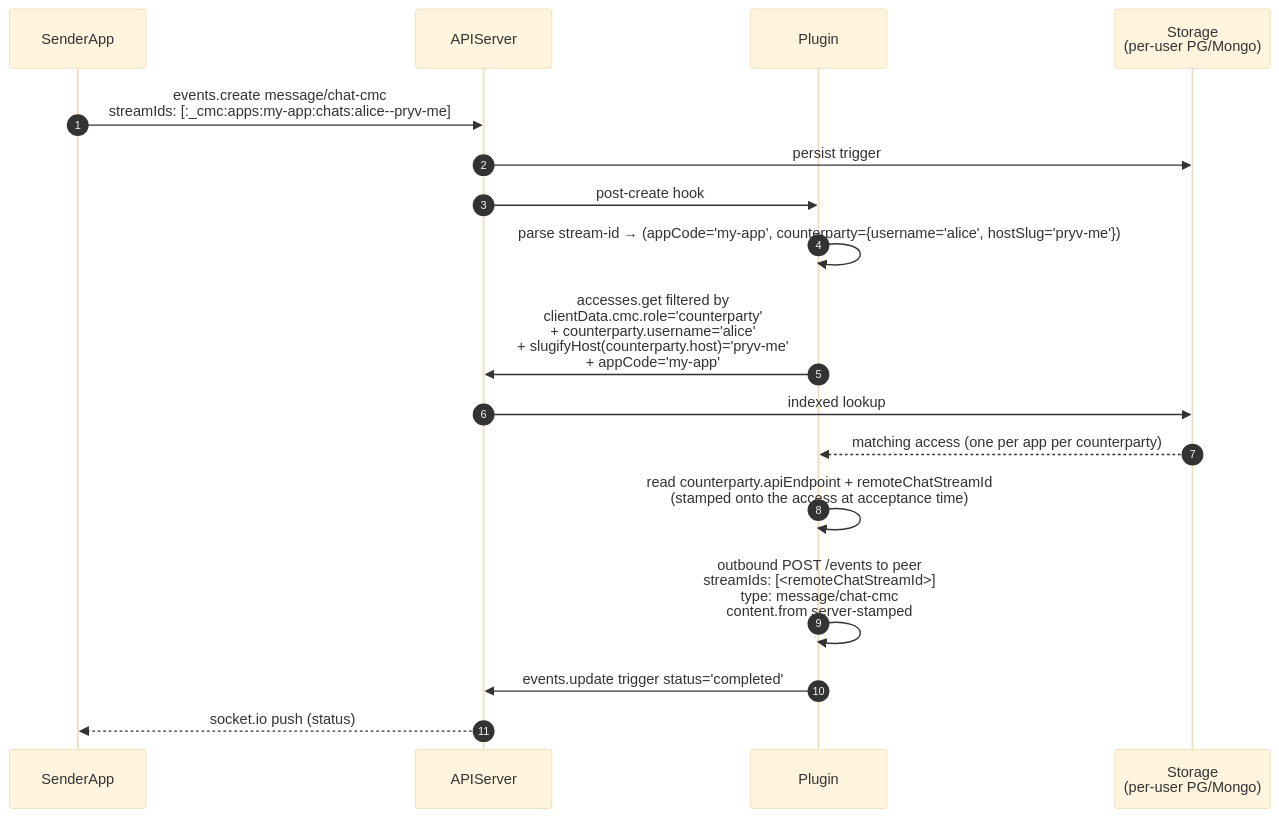
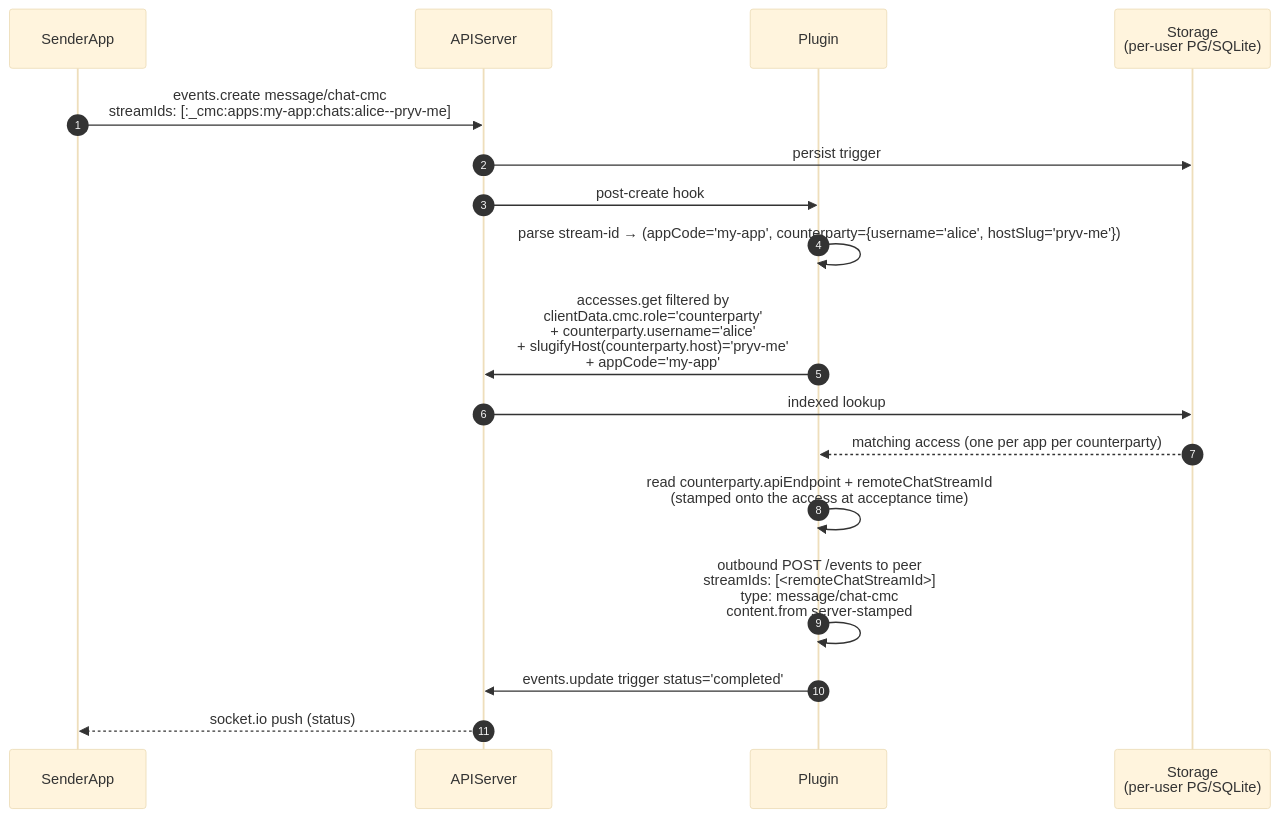
Before and after one commit to pryv/open-pryv.io: the sixth of 14 diagrams in components/cmc/INTERNALS.md, drawn with Mermaid (base theme). The commit also changed other lines of this file and 5 other files, not shown here.

````diff
--- a/components/cmc/INTERNALS.md
+++ b/components/cmc/INTERNALS.md
@@ -291,20 +291,20 @@
 ```mermaid
 sequenceDiagram
     autonumber
     participant App as SenderApp
     participant APIServer
     participant Plugin
-    participant Storage as Storage<br/>(per-user PG/Mongo)
+    participant Storage as Storage<br/>(per-user PG/SQLite)
 
     App->>APIServer: events.create message/chat-cmc<br/>streamIds: [:_cmc:apps:my-app:chats:alice--pryv-me]
     APIServer->>Storage: persist trigger
     APIServer->>Plugin: post-create hook
     Plugin->>Plugin: parse stream-id → (appCode='my-app', counterparty={username='alice', hostSlug='pryv-me'})
     Plugin->>APIServer: accesses.get filtered by<br/>clientData.cmc.role='counterparty'<br/>+ counterparty.username='alice'<br/>+ slugifyHost(counterparty.host)='pryv-me'<br/>+ appCode='my-app'
     APIServer->>Storage: indexed lookup
     Storage-->>Plugin: matching access (one per app per counterparty)
     Plugin->>Plugin: read counterparty.apiEndpoint + remoteChatStreamId<br/>(stamped onto the access at acceptance time)
     Plugin->>Plugin: outbound POST /events to peer<br/>streamIds: [<remoteChatStreamId>]<br/>type: message/chat-cmc<br/>content.from server-stamped
     Plugin->>APIServer: events.update trigger status='completed'
     APIServer-->>App: socket.io push (status)
 ```
````
